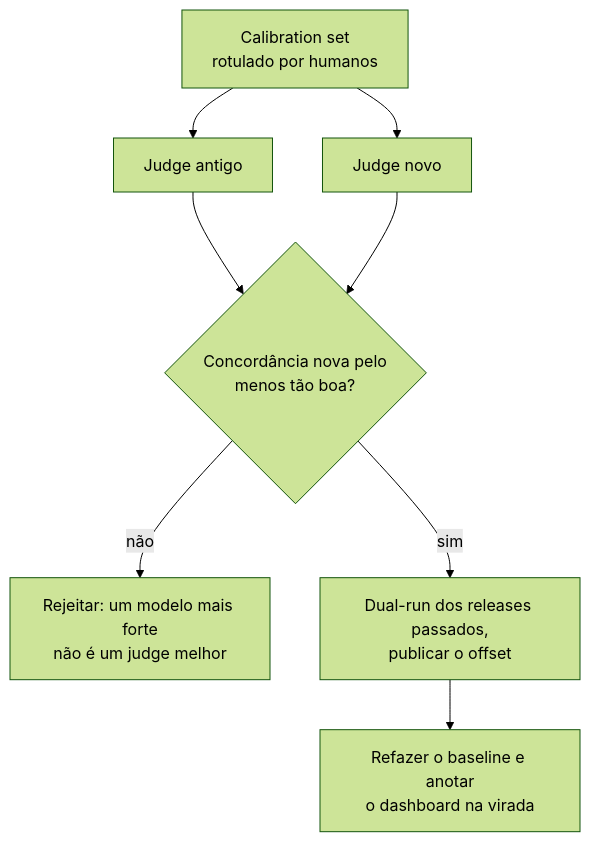
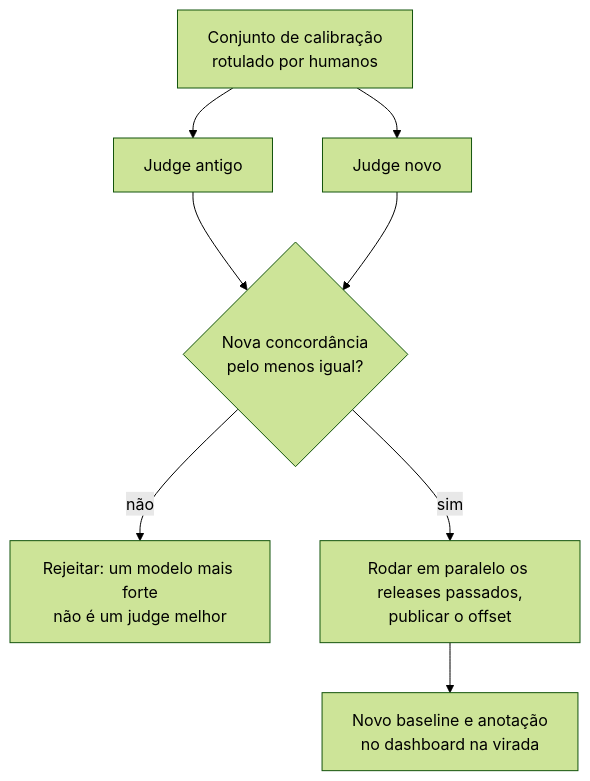
Diagram 17 of 28 in 07-evaluation-and-observability/questions.pt-BR.md (andrevberaldo/AI-Engineer-Interview-Questions), drawn with Mermaid (forest theme) before and after one commit. The commit also changed other lines of this file and 1 other file, not shown here.

````diff
--- a/07-evaluation-and-observability/questions.pt-BR.md
+++ b/07-evaluation-and-observability/questions.pt-BR.md
@@ -975,10 +975,10 @@
 ```mermaid
 flowchart TD
-    C["Calibration set<br/>rotulado por humanos"] --> J1["Judge antigo"]
+    C["Conjunto de calibração<br/>rotulado por humanos"] --> J1["Judge antigo"]
     C --> J2["Judge novo"]
-    J1 --> A{"Concordância nova pelo<br/>menos tão boa?"}
+    J1 --> A{"Nova concordância<br/>pelo menos igual?"}
     J2 --> A
     A -->|"não"| R["Rejeitar: um modelo mais forte<br/>não é um judge melhor"]
-    A -->|"sim"| D["Dual-run dos releases passados,<br/>publicar o offset"]
-    D --> B["Refazer o baseline e anotar<br/>o dashboard na virada"]
+    A -->|"sim"| D["Rodar em paralelo os releases passados,<br/>publicar o offset"]
+    D --> B["Novo baseline e anotação<br/>no dashboard na virada"]
 ```
````
